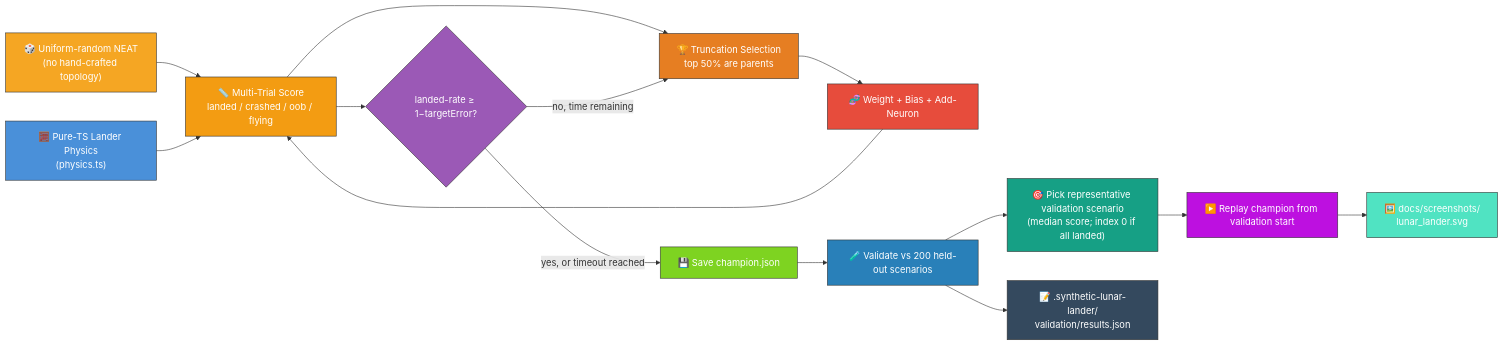
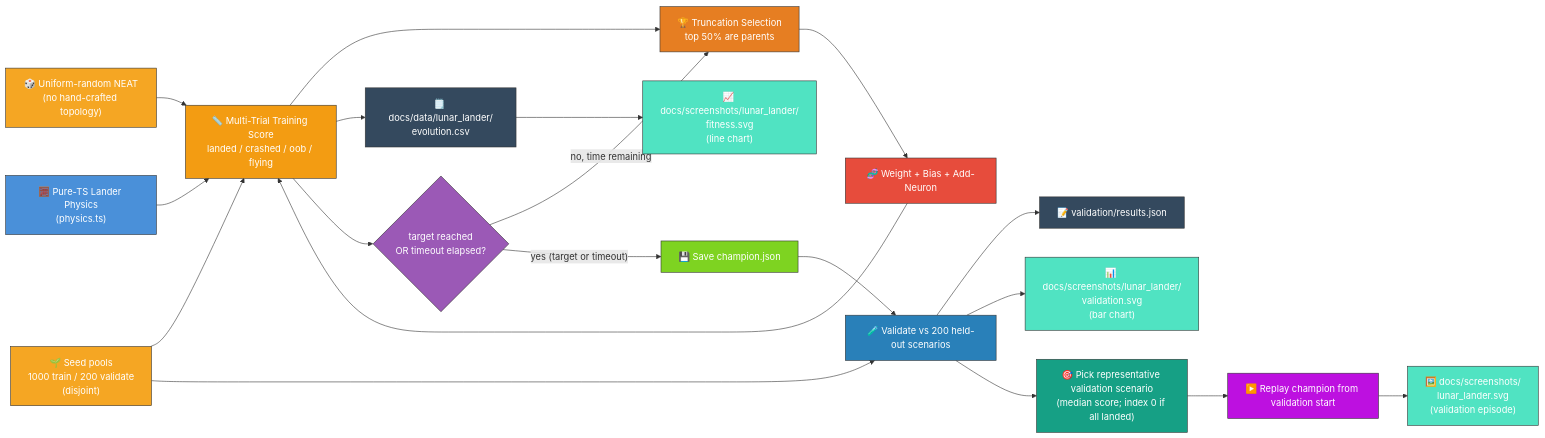
The first of 2 diagrams in lunar_lander/README.md (stSoftwareAU/NEAT-AI-Examples), drawn with Mermaid before and after one commit. The commit also changed other lines of this file and 11 other files, not shown here.

First line of the commit message:
lunar_lander: refresh README with real run statistics + new pipeline (#202)

````diff
--- a/lunar_lander/README.md
+++ b/lunar_lander/README.md
@@ -21,42 +37,55 @@
 ```mermaid
 flowchart LR
     PHYS["🧮 Pure-TS Lander Physics<br/>(physics.ts)"]
     INIT["🎲 Uniform-random NEAT<br/>(no hand-crafted topology)"]
-    SCORE["📏 Multi-Trial Score<br/>landed / crashed / oob / flying"]
+    POOLS["🌱 Seed pools<br/>1000 train / 200 validate<br/>(disjoint)"]
+    TRAIN["📏 Multi-Trial Training Score<br/>landed / crashed / oob / flying"]
     SELECT["🏆 Truncation Selection<br/>top 50% are parents"]
     MUTATE["🧬 Weight + Bias + Add-Neuron"]
-    SOLVED{"landed-rate ≥ 1−targetError?"}
+    STOP{"target reached<br/>OR timeout elapsed?"}
     CHAMP["💾 Save champion.json"]
     VALID["🧪 Validate vs 200 held-out scenarios"]
     PICK["🎯 Pick representative validation scenario<br/>(median score; index 0 if all landed)"]
     RUN["▶️ Replay champion from validation start"]
-    JSON["📝 .synthetic-lunar-lander/<br/>validation/results.json"]
-    SVG["🖼️ docs/screenshots/<br/>lunar_lander.svg"]
+    JSON["📝 validation/results.json"]
+    CSV["🗒️ docs/data/lunar_lander/<br/>evolution.csv"]
+    FITN["📈 docs/screenshots/lunar_lander/<br/>fitness.svg<br/>(line chart)"]
+    BARS["📊 docs/screenshots/lunar_lander/<br/>validation.svg<br/>(bar chart)"]
+    SVG["🖼️ docs/screenshots/<br/>lunar_lander.svg<br/>(validation episode)"]
 
-    INIT --> SCORE
-    PHYS --> SCORE
-    SCORE --> SELECT
+    INIT --> TRAIN
+    PHYS --> TRAIN
+    POOLS --> TRAIN
+    POOLS --> VALID
+    TRAIN --> SELECT
     SELECT --> MUTATE
-    MUTATE --> SCORE
-    SCORE --> SOLVED
-    SOLVED -- "no, time remaining" --> SELECT
-    SOLVED -- "yes, or timeout reached" --> CHAMP
+    MUTATE --> TRAIN
+    TRAIN --> CSV
+    TRAIN --> STOP
+    STOP -- "no, time remaining" --> SELECT
+    STOP -- "yes (target or timeout)" --> CHAMP
+    CSV --> FITN
     CHAMP --> VALID
     VALID --> JSON
+    VALID --> BARS
     VALID --> PICK
     PICK --> RUN
     RUN --> SVG
 
     style PHYS fill:#4a90d9,stroke:#333,color:#fff
     style INIT fill:#f5a623,stroke:#333,color:#fff
-    style SCORE fill:#f39c12,stroke:#333,color:#fff
+    style POOLS fill:#f5a623,stroke:#333,color:#fff
+    style TRAIN fill:#f39c12,stroke:#333,color:#fff
     style SELECT fill:#e67e22,stroke:#333,color:#fff
     style MUTATE fill:#e74c3c,stroke:#333,color:#fff
-    style SOLVED fill:#9b59b6,stroke:#333,color:#fff
+    style STOP fill:#9b59b6,stroke:#333,color:#fff
     style CHAMP fill:#7ed321,stroke:#333,color:#fff
     style VALID fill:#2980b9,stroke:#333,color:#fff
     style PICK fill:#16a085,stroke:#333,color:#fff
     style RUN fill:#bd10e0,stroke:#333,color:#fff
     style JSON fill:#34495e,stroke:#333,color:#fff
+    style CSV fill:#34495e,stroke:#333,color:#fff
+    style FITN fill:#50e3c2,stroke:#333,color:#fff
+    style BARS fill:#50e3c2,stroke:#333,color:#fff
     style SVG fill:#50e3c2,stroke:#333,color:#fff
 ```
````
